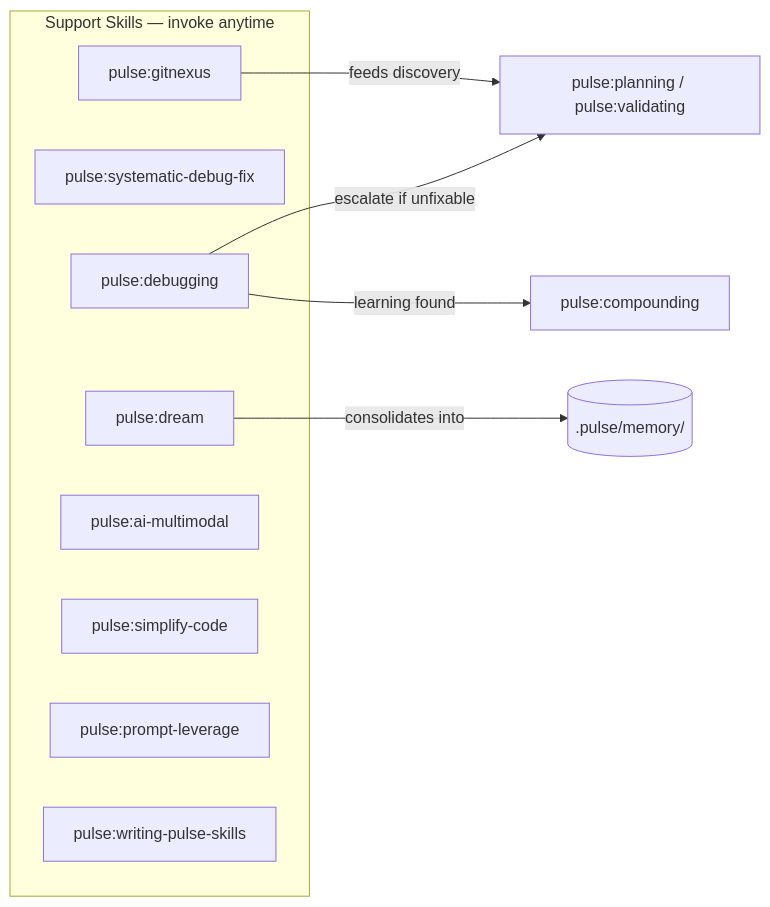
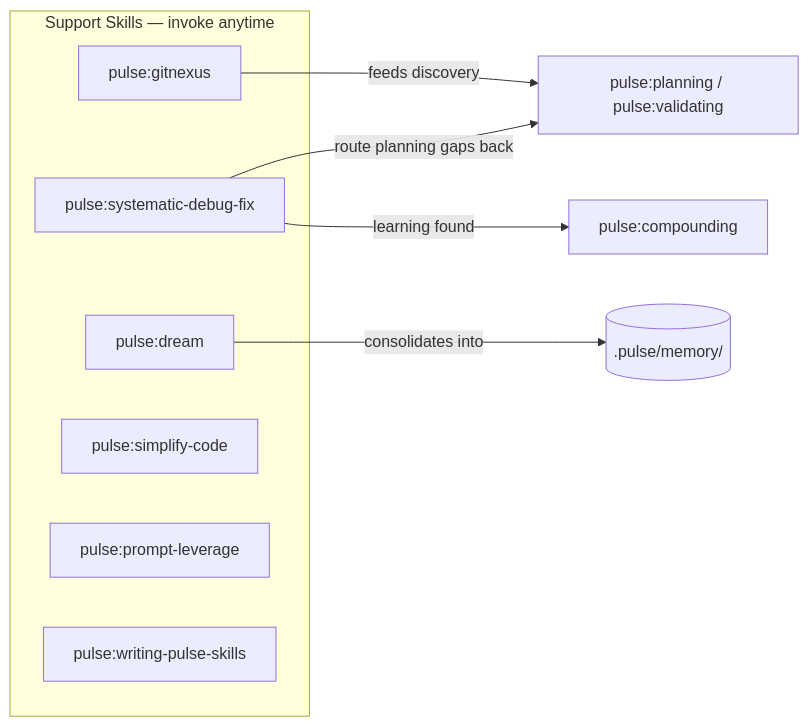
One commit to quanpersie2001/skills changed the fourth of 7 diagrams in docs/ARCHITECTURE.md. Above: the diagram before and after it, drawn with Mermaid. The commit also changed other lines of this file and 54 other files, not shown here.

````diff
--- a/docs/ARCHITECTURE.md
+++ b/docs/ARCHITECTURE.md
@@ -357,18 +359,16 @@
 ```mermaid
 flowchart LR
     subgraph support[Support Skills — invoke anytime]
-        DBG[pulse:debugging]
         SDF[pulse:systematic-debug-fix]
         GNX[pulse:gitnexus]
         DRM[pulse:dream]
-        AIM[pulse:ai-multimodal]
         SC[pulse:simplify-code]
         PL2[pulse:prompt-leverage]
         WPS[pulse:writing-pulse-skills]
     end
 
-    DBG -->|escalate if unfixable| planning[pulse:planning / pulse:validating]
-    DBG -->|learning found| CP2[pulse:compounding]
+    SDF -->|route planning gaps back| planning[pulse:planning / pulse:validating]
+    SDF -->|learning found| CP2[pulse:compounding]
     GNX -->|feeds discovery| planning
     DRM -->|consolidates into| learnings[(.pulse/memory/)]
 ```
````
